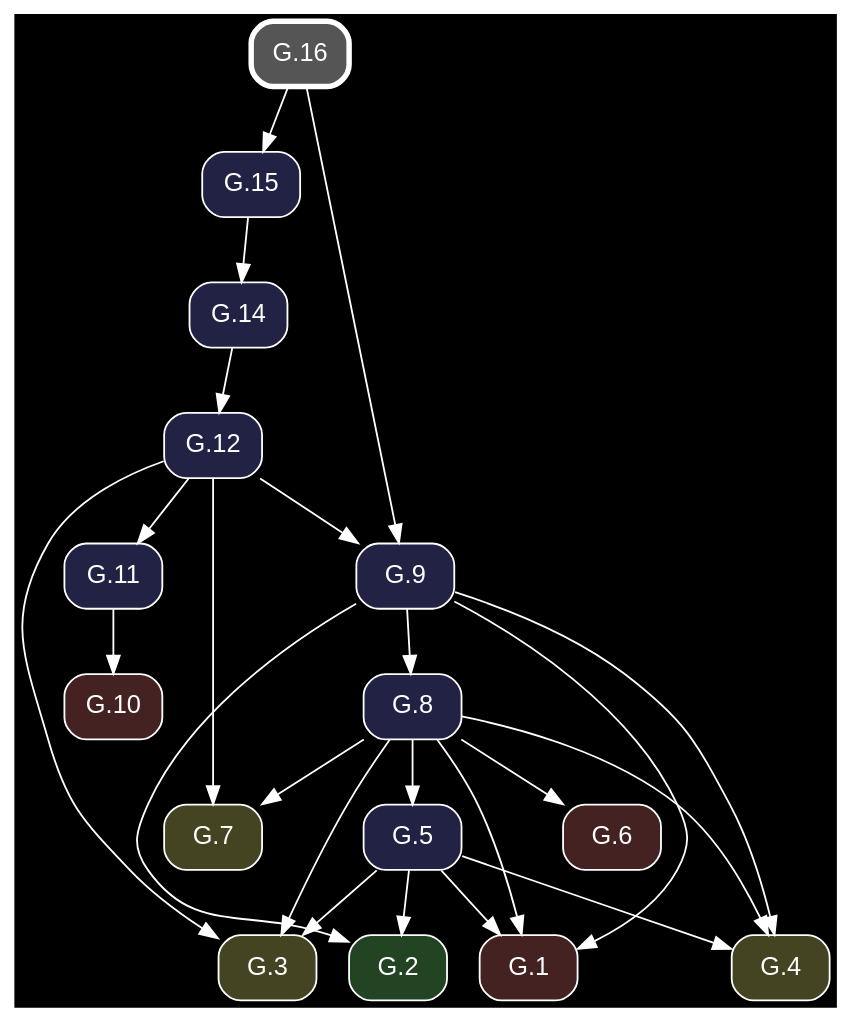
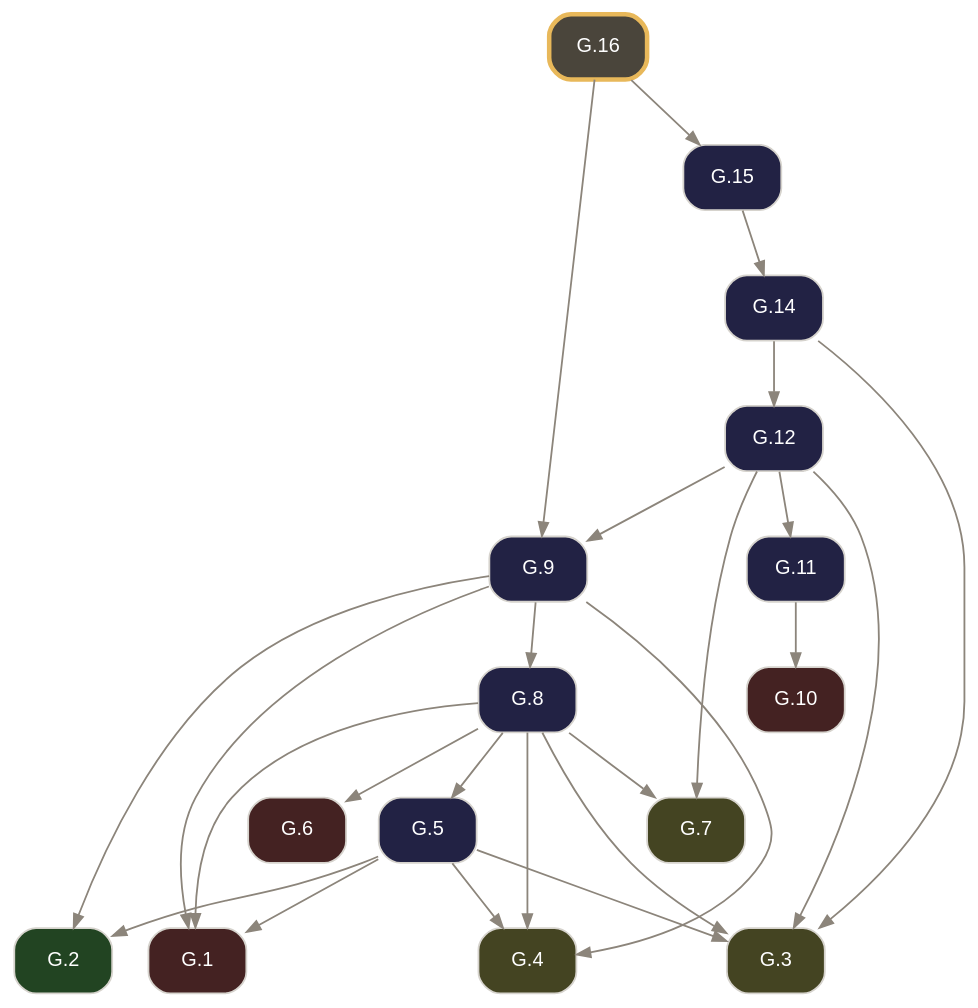
The diagram in docsrc/elements2/G.16/index.rst (geometor/elements), drawn with Graphviz before and after one commit. The commit also changed other lines of this file and 261 other files, not shown here.

Commit message:
feat: rebuild Elements 2.0 G-Index pipeline from composed Euclid Heath edition (v0.3.0)

```diff
--- a/docsrc/elements2/G.16/index.rst
+++ b/docsrc/elements2/G.16/index.rst
@@ -42,46 +59,47 @@
 .. graphviz::
 
    digraph {
-     bgcolor="black";
-     node [shape=box, style="rounded,filled", fontname="Helvetica", color="white", fontcolor="white"];
-     edge [color="white", fontcolor="white"];
+     bgcolor="transparent";
+     node [shape=box, style="rounded,filled", fontname="Helvetica", fontsize=11, color="#d6d3cd", fontcolor="#ffffff"];
+     edge [color="#8c857b", fontcolor="#8c857b", arrowsize=0.75];
      rankdir="TB";
-     "G.12" [label="G.12", fillcolor="#222244", URL="/elements2/G.12/", target="_top"];
-     "G.14" [label="G.14", fillcolor="#222244", URL="/elements2/G.14/", target="_top"];
-     "G.6" [label="G.6", fillcolor="#442222", URL="/elements2/G.6/", target="_top"];
-     "G.8" [label="G.8", fillcolor="#222244", URL="/elements2/G.8/", target="_top"];
-     "G.9" [label="G.9", fillcolor="#222244", URL="/elements2/G.9/", target="_top"];
-     "G.7" [label="G.7", fillcolor="#444422", URL="/elements2/G.7/", target="_top"];
-     "G.10" [label="G.10", fillcolor="#442222", URL="/elements2/G.10/", target="_top"];
-     "G.3" [label="G.3", fillcolor="#444422", URL="/elements2/G.3/", target="_top"];
-     "G.15" [label="G.15", fillcolor="#222244", URL="/elements2/G.15/", target="_top"];
-     "G.11" [label="G.11", fillcolor="#222244", URL="/elements2/G.11/", target="_top"];
-     "G.5" [label="G.5", fillcolor="#222244", URL="/elements2/G.5/", target="_top"];
-     "G.4" [label="G.4", fillcolor="#444422", URL="/elements2/G.4/", target="_top"];
-     "G.1" [label="G.1", fillcolor="#442222", URL="/elements2/G.1/", target="_top"];
-     "G.16" [label="G.16", penwidth=3, color="white", fillcolor="#555555", URL="/elements2/G.16/", target="_top"];
-     "G.2" [label="G.2", fillcolor="#224422", URL="/elements2/G.2/", target="_top"];
-     "G.14" -> "G.12";
-     "G.15" -> "G.14";
-     "G.8" -> "G.6";
-     "G.9" -> "G.8";
-     "G.16" -> "G.9";
-     "G.12" -> "G.9";
-     "G.8" -> "G.7";
-     "G.12" -> "G.7";
-     "G.11" -> "G.10";
-     "G.5" -> "G.3";
-     "G.8" -> "G.3";
-     "G.12" -> "G.3";
-     "G.16" -> "G.15";
-     "G.12" -> "G.11";
-     "G.8" -> "G.5";
-     "G.5" -> "G.4";
-     "G.8" -> "G.4";
-     "G.9" -> "G.4";
+     "G.1" [label="G.1", tooltip="G.1 (I.cn.1)", fillcolor="#442222", URL="../G.1/index.html", target="_top"];
+     "G.2" [label="G.2", tooltip="G.2 (I.def.15)", fillcolor="#224422", URL="../G.2/index.html", target="_top"];
+     "G.3" [label="G.3", tooltip="G.3 (I.post.1)", fillcolor="#444422", URL="../G.3/index.html", target="_top"];
+     "G.4" [label="G.4", tooltip="G.4 (I.post.3)", fillcolor="#444422", URL="../G.4/index.html", target="_top"];
+     "G.5" [label="G.5", tooltip="G.5 (I.1)", fillcolor="#222244", URL="../G.5/index.html", target="_top"];
+     "G.6" [label="G.6", tooltip="G.6 (I.cn.3)", fillcolor="#442222", URL="../G.6/index.html", target="_top"];
+     "G.7" [label="G.7", tooltip="G.7 (I.post.2)", fillcolor="#444422", URL="../G.7/index.html", target="_top"];
+     "G.8" [label="G.8", tooltip="G.8 (I.2)", fillcolor="#222244", URL="../G.8/index.html", target="_top"];
+     "G.9" [label="G.9", tooltip="G.9 (I.3)", fillcolor="#222244", URL="../G.9/index.html", target="_top"];
+     "G.10" [label="G.10", tooltip="G.10 (I.cn.4)", fillcolor="#442222", URL="../G.10/index.html", target="_top"];
+     "G.11" [label="G.11", tooltip="G.11 (I.4)", fillcolor="#222244", URL="../G.11/index.html", target="_top"];
+     "G.12" [label="G.12", tooltip="G.12 (I.5)", fillcolor="#222244", URL="../G.12/index.html", target="_top"];
+     "G.14" [label="G.14", tooltip="G.14 (I.7)", fillcolor="#222244", URL="../G.14/index.html", target="_top"];
+     "G.15" [label="G.15", tooltip="G.15 (I.8)", fillcolor="#222244", URL="../G.15/index.html", target="_top"];
+     "G.16" [label="G.16", tooltip="G.16 (I.9)", penwidth=2.5, color="#e8b85a", fillcolor="#4a453b", URL="index.html", target="_top"];
      "G.5" -> "G.1";
      "G.8" -> "G.1";
      "G.9" -> "G.1";
      "G.5" -> "G.2";
      "G.9" -> "G.2";
+     "G.5" -> "G.3";
+     "G.8" -> "G.3";
+     "G.12" -> "G.3";
+     "G.14" -> "G.3";
+     "G.5" -> "G.4";
+     "G.8" -> "G.4";
+     "G.9" -> "G.4";
+     "G.8" -> "G.5";
+     "G.8" -> "G.6";
+     "G.8" -> "G.7";
+     "G.12" -> "G.7";
+     "G.9" -> "G.8";
+     "G.12" -> "G.9";
+     "G.16" -> "G.9";
+     "G.11" -> "G.10";
+     "G.12" -> "G.11";
+     "G.14" -> "G.12";
+     "G.15" -> "G.14";
+     "G.16" -> "G.15";
    }
```
